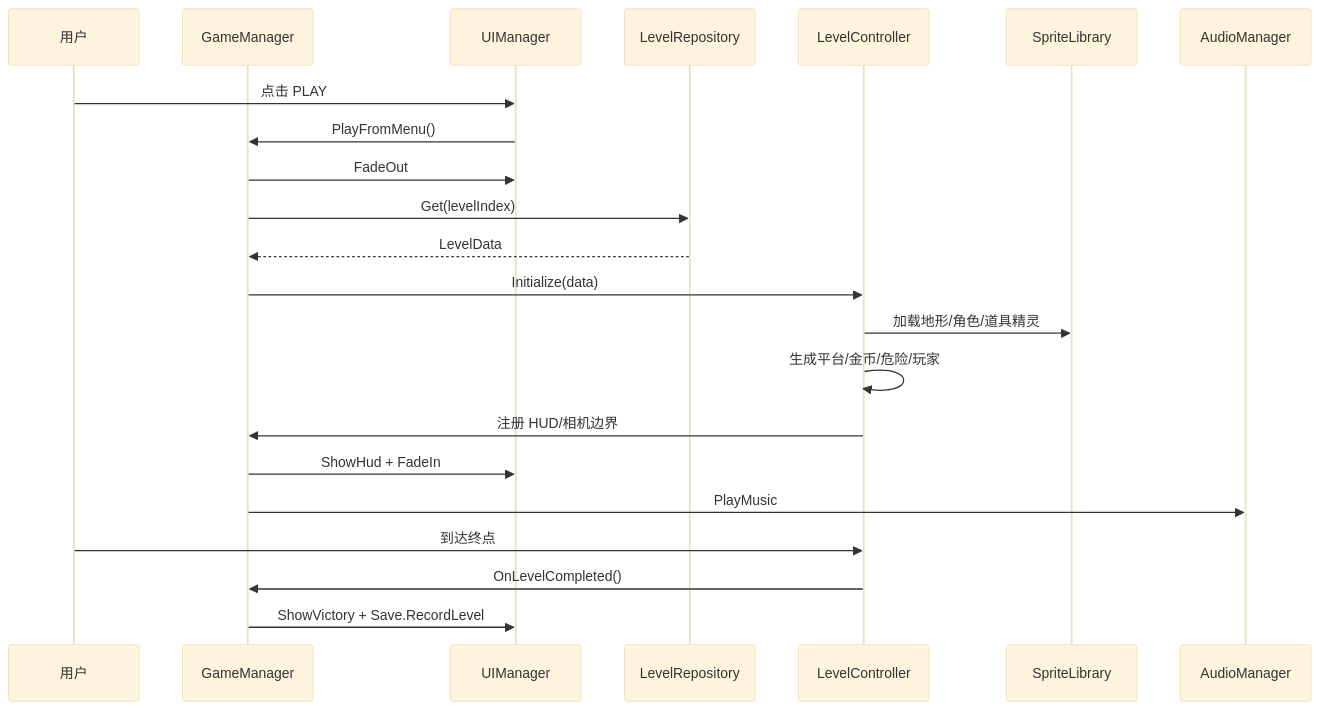
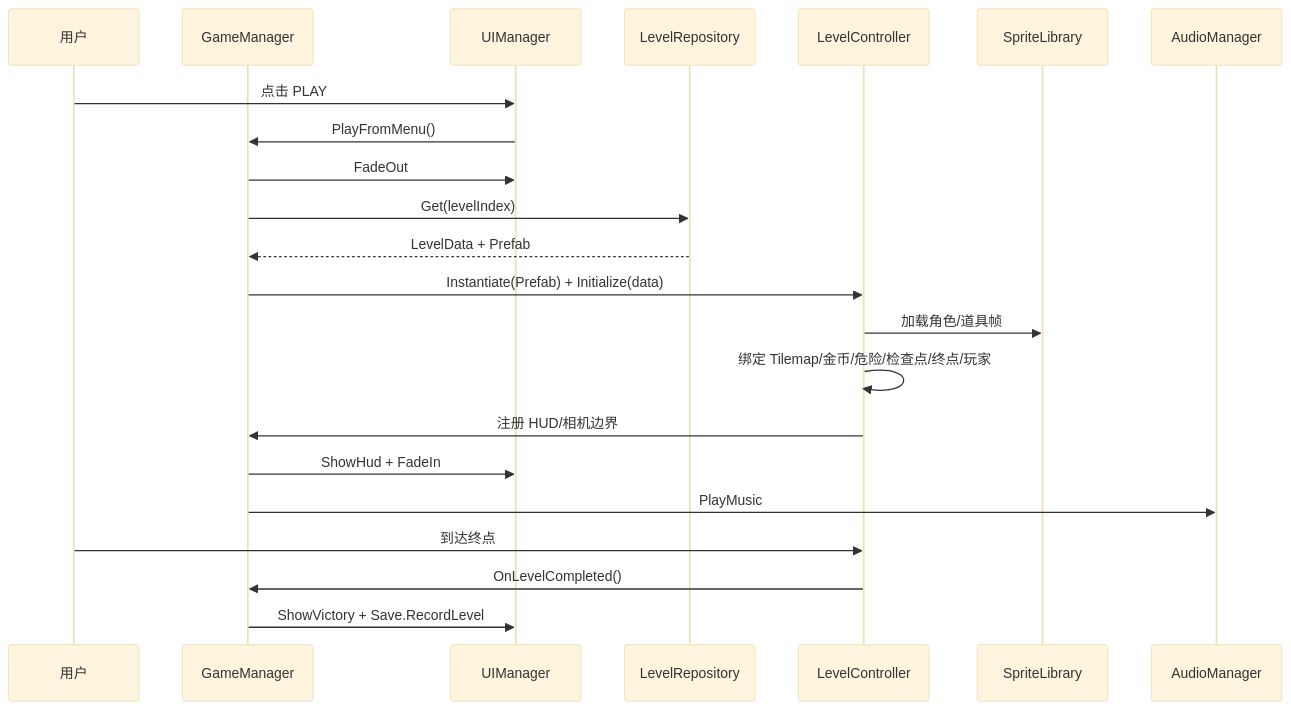
Before and after one commit to Kismet0818/GoToHeaven: the third of 3 diagrams in Docs/ARCHITECTURE.md, drawn with Mermaid (base theme). The commit also changed other lines of this file and 122 other files, not shown here.

````diff
--- a/Docs/ARCHITECTURE.md
+++ b/Docs/ARCHITECTURE.md
@@ -101,25 +104,25 @@
 ```mermaid
 sequenceDiagram
     participant U as 用户
     participant GM as GameManager
     participant UI as UIManager
     participant LR as LevelRepository
     participant LC as LevelController
     participant SL as SpriteLibrary
     participant A as AudioManager
 
     U->>UI: 点击 PLAY
     UI->>GM: PlayFromMenu()
     GM->>UI: FadeOut
     GM->>LR: Get(levelIndex)
-    LR-->>GM: LevelData
-    GM->>LC: Initialize(data)
-    LC->>SL: 加载地形/角色/道具精灵
-    LC->>LC: 生成平台/金币/危险/玩家
+    LR-->>GM: LevelData + Prefab
+    GM->>LC: Instantiate(Prefab) + Initialize(data)
+    LC->>SL: 加载角色/道具帧
+    LC->>LC: 绑定 Tilemap/金币/危险/检查点/终点/玩家
     LC->>GM: 注册 HUD/相机边界
     GM->>UI: ShowHud + FadeIn
     GM->>A: PlayMusic
     U->>LC: 到达终点
     LC->>GM: OnLevelCompleted()
     GM->>UI: ShowVictory + Save.RecordLevel
 ```
````
